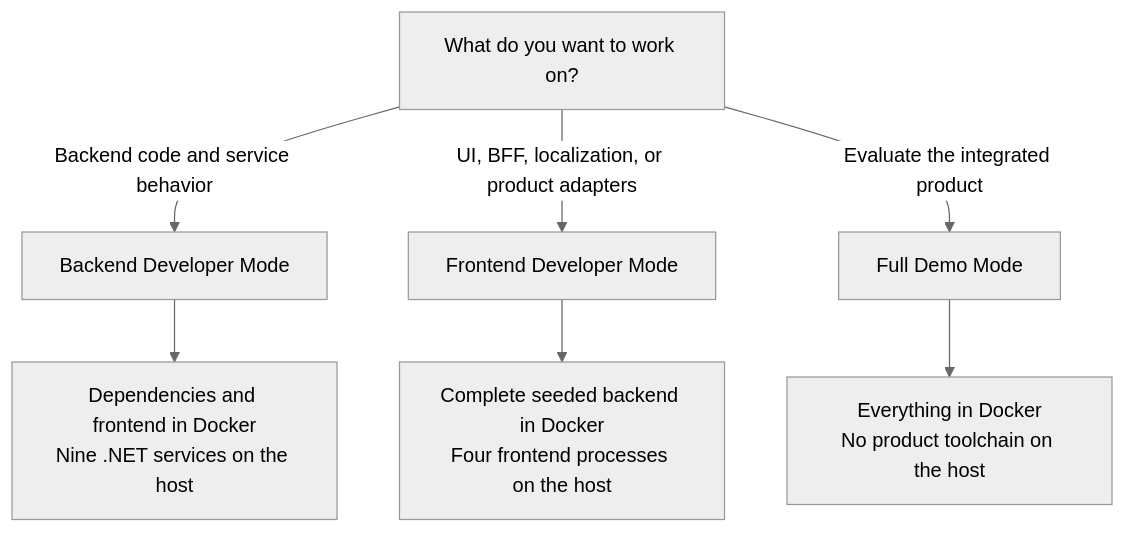
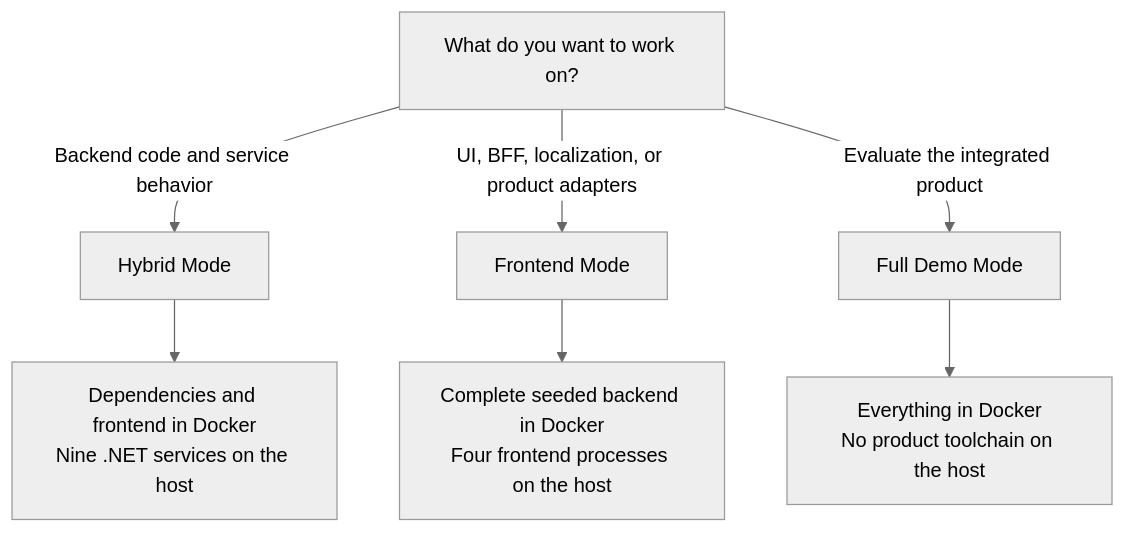
The diagram in docs/local-workflows.md (panahister/mp-platform), drawn with Mermaid (neutral theme) before and after one commit. The commit also changed other lines of this file and 3 other files, not shown here.

````diff
--- a/docs/local-workflows.md
+++ b/docs/local-workflows.md
@@ -9,10 +9,10 @@
 ```mermaid
 flowchart TD
   START[What do you want to work on?]
-  START -->|Backend code and service behavior| BE[Backend Developer Mode]
-  START -->|UI, BFF, localization, or product adapters| FE[Frontend Developer Mode]
+  START -->|Backend code and service behavior| BE[Hybrid Mode]
+  START -->|UI, BFF, localization, or product adapters| FE[Frontend Mode]
   START -->|Evaluate the integrated product| DEMO[Full Demo Mode]
   BE --> BED[Dependencies and frontend in Docker<br/>Nine .NET services on the host]
   FE --> FED[Complete seeded backend in Docker<br/>Four frontend processes on the host]
   DEMO --> DD[Everything in Docker<br/>No product toolchain on the host]
 ```
````
